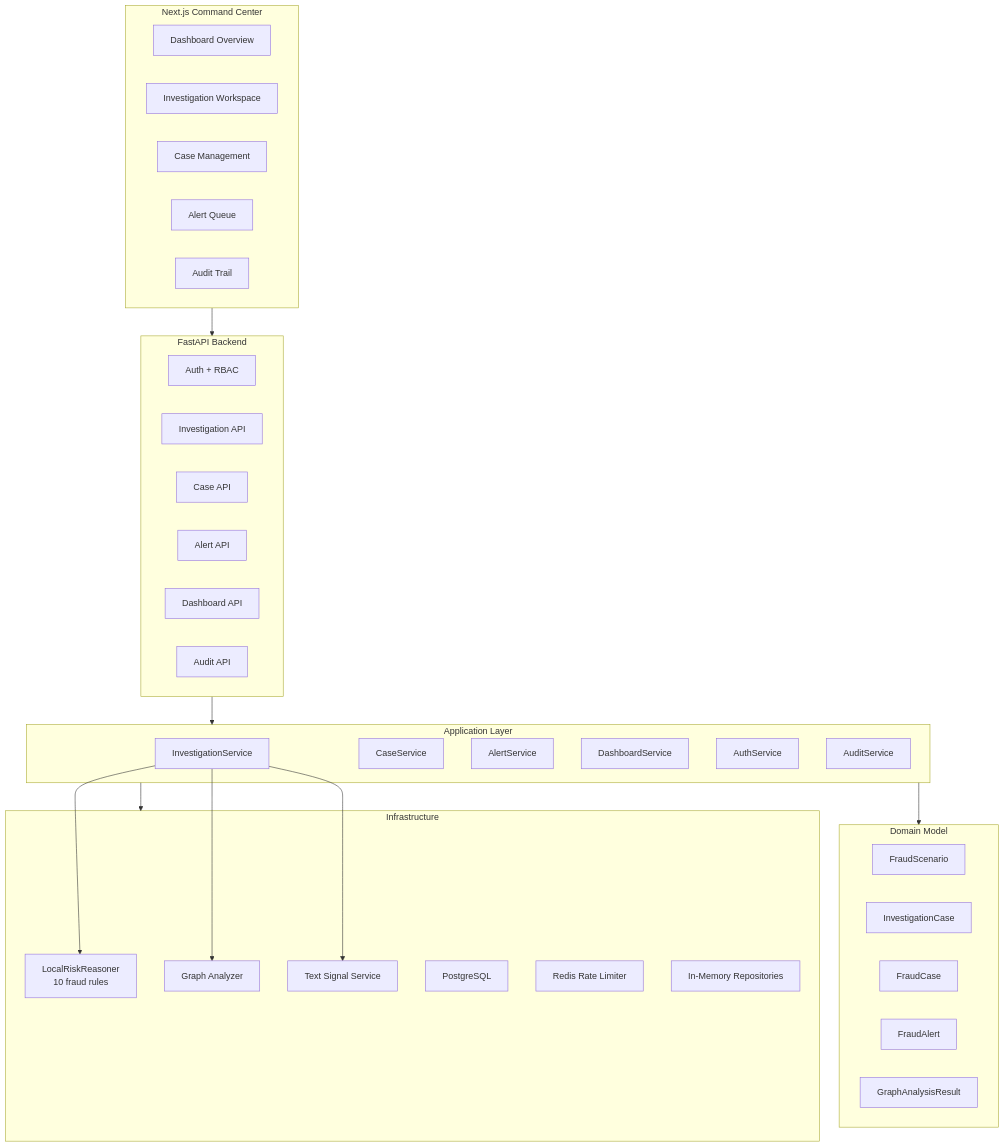
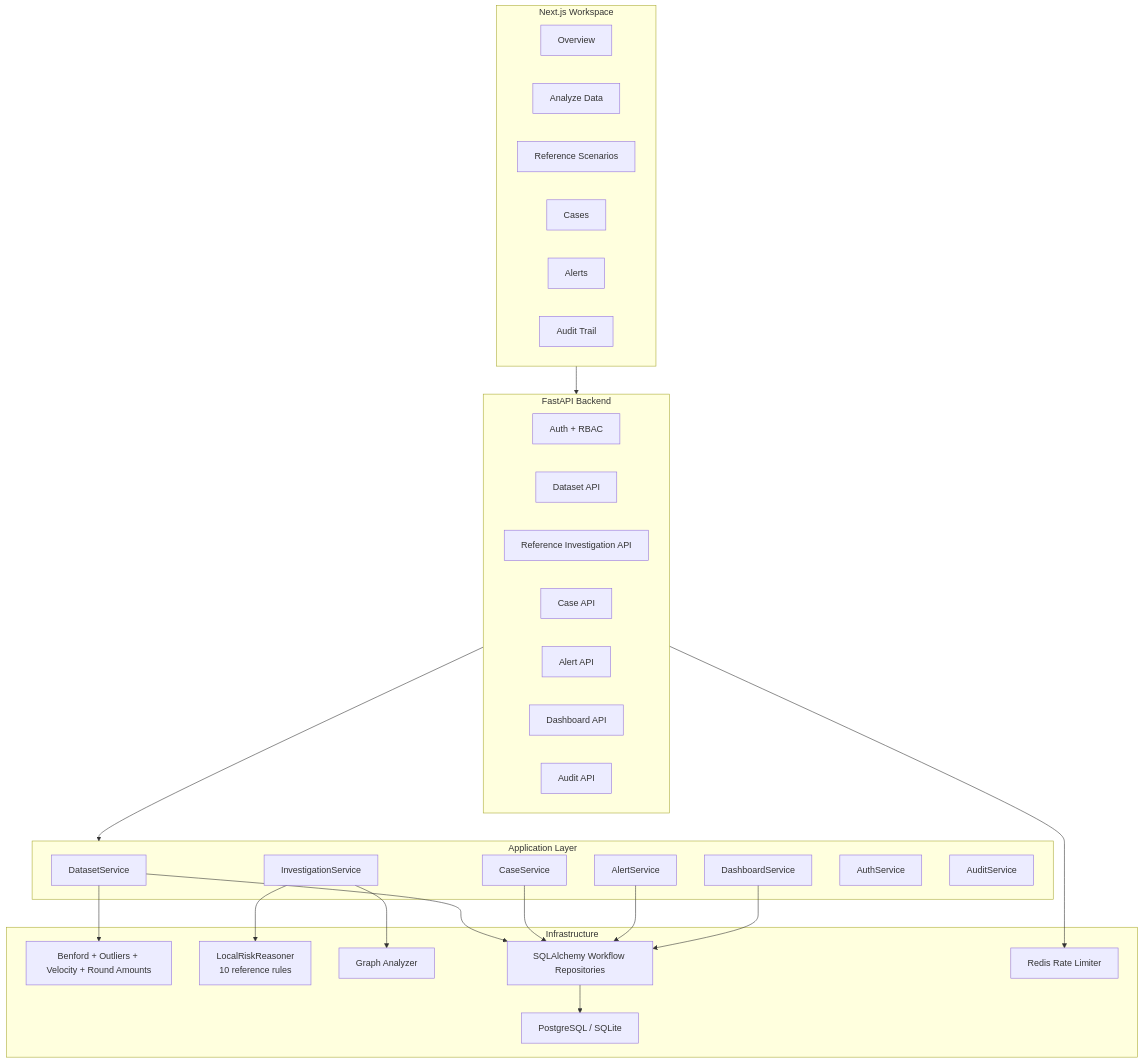
One commit to rezamirzaei/relational-AI changed the first of 3 diagrams in docs/architecture.md. Above: the diagram before and after it, drawn with Mermaid. The commit also changed other lines of this file and 42 other files, not shown here.

Commit message:
refactor: center workflow on persisted dataset triage

````diff
--- a/docs/architecture.md
+++ b/docs/architecture.md
@@ -11,53 +10,52 @@
 ```mermaid
 graph TB
-    subgraph Frontend["Next.js Command Center"]
-        Dashboard["Dashboard Overview"]
-        Investigate["Investigation Workspace"]
-        Cases["Case Management"]
-        Alerts["Alert Queue"]
+    subgraph Frontend["Next.js Workspace"]
+        Dashboard["Overview"]
+        Analyze["Analyze Data"]
+        Investigate["Reference Scenarios"]
+        Cases["Cases"]
+        Alerts["Alerts"]
         AuditUI["Audit Trail"]
     end
 
     subgraph API["FastAPI Backend"]
         Auth["Auth + RBAC"]
-        InvAPI["Investigation API"]
+        DatasetAPI["Dataset API"]
+        InvAPI["Reference Investigation API"]
         CaseAPI["Case API"]
         AlertAPI["Alert API"]
         DashAPI["Dashboard API"]
         AuditAPI["Audit API"]
     end
 
     subgraph Application["Application Layer"]
+        DatasetService["DatasetService"]
         InvService["InvestigationService"]
         CaseService["CaseService"]
         AlertService["AlertService"]
         DashService["DashboardService"]
         AuthService["AuthService"]
         AuditService["AuditService"]
     end
 
-    subgraph Domain["Domain Model"]
-        FraudScenario
-        InvestigationCase
-        FraudCase
-        FraudAlert
-        GraphAnalysis["GraphAnalysisResult"]
-    end
-
     subgraph Infrastructure["Infrastructure"]
-        RuleEngine["LocalRiskReasoner\n10 fraud rules"]
+        Stats["Benford + Outliers + Velocity + Round Amounts"]
+        RuleEngine["LocalRiskReasoner\n10 reference rules"]
         GraphEngine["Graph Analyzer"]
-        TextSignals["Text Signal Service"]
-        Postgres["PostgreSQL"]
+        SQL["SQLAlchemy Workflow Repositories"]
+        Postgres["PostgreSQL / SQLite"]
         Redis["Redis Rate Limiter"]
-        InMemory["In-Memory Repositories"]
     end
 
     Frontend --> API
     API --> Application
-    Application --> Domain
-    Application --> Infrastructure
+    DatasetService --> Stats
+    DatasetService --> SQL
     InvService --> RuleEngine
     InvService --> GraphEngine
-    InvService --> TextSignals
+    CaseService --> SQL
+    AlertService --> SQL
+    DashService --> SQL
+    SQL --> Postgres
+    API --> Redis
 ```
````
